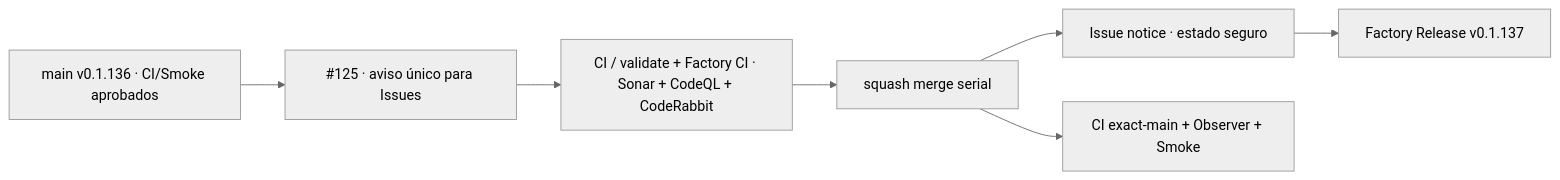
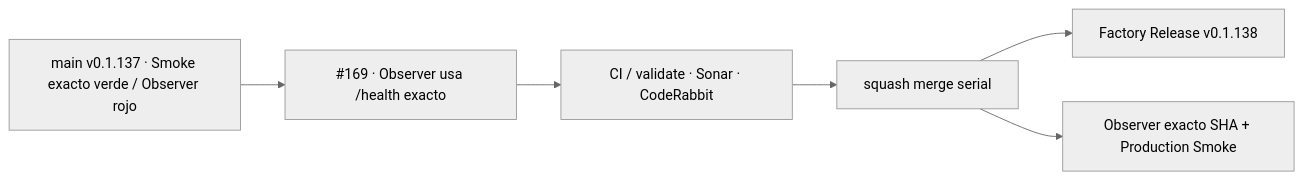
One commit to pl0n3r/GrindFlow changed the diagram in README.md. Above: the diagram before and after it, drawn with Mermaid (neutral theme). The commit also changed other lines of this file, not shown here.

````diff
--- a/README.md
+++ b/README.md
@@ -47,9 +47,8 @@
 ```mermaid
 flowchart LR
-  A["main v0.1.136 · CI/Smoke aprobados"] --> P["#125 · aviso único para Issues"]
-  P --> Q["CI / validate + Factory CI · Sonar + CodeQL + CodeRabbit"]
+  A["main v0.1.137 · Smoke exacto verde / Observer rojo"] --> P["#169 · Observer usa /health exacto"]
+  P --> Q["CI / validate · Sonar · CodeRabbit"]
   Q --> M["squash merge serial"]
-  M --> F["Issue notice · estado seguro"]
-  F --> R["Factory Release v0.1.137"]
-  M --> X["CI exact-main + Observer + Smoke"]
+  M --> R["Factory Release v0.1.138"]
+  M --> X["Observer exacto SHA + Production Smoke"]
 ```
````
